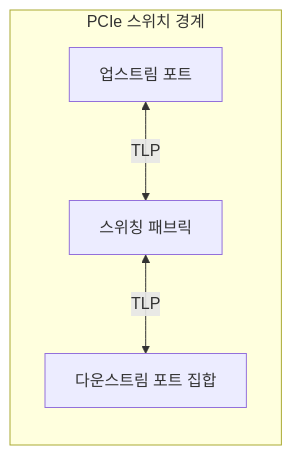
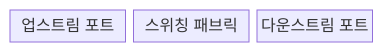
The first of 2 diagrams in src/content/docs/notes/02-hardware/079_pcie_switching.md (agnusdei1207/knowledge-base), drawn with Mermaid before and after one commit. The commit also changed other lines of this file and 20 other files, not shown here.

````diff
--- a/src/content/docs/notes/02-hardware/079_pcie_switching.md
+++ b/src/content/docs/notes/02-hardware/079_pcie_switching.md
@@ -68,10 +66,7 @@
 ```mermaid
-flowchart LR
-    subgraph SW[PCIe 스위치 경계]
-        U["업스트림 포트"]
-        F["스위칭 패브릭"]
-        D["다운스트림 포트 집합"]
-        U <-->|TLP| F
-        F <-->|TLP| D
-    end
+block
+  columns 3
+  A["업스트림 포트"]
+  B["스위칭 패브릭"]
+  C["다운스트림 포트"]
 ```
````
